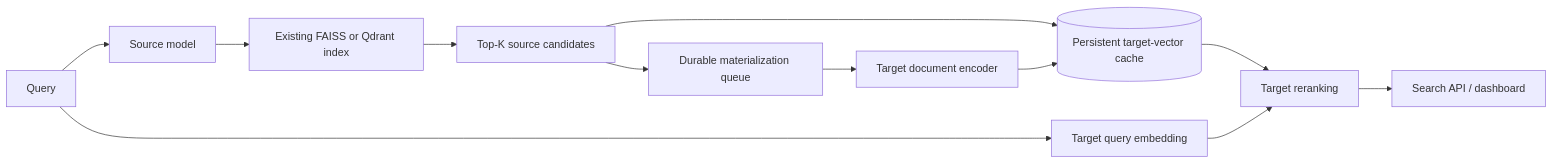
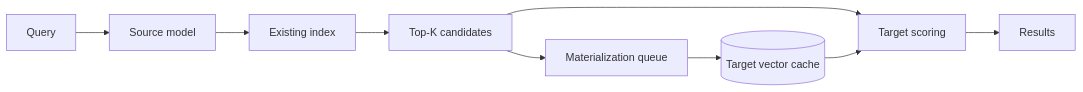
The diagram in README.md (arnsri33/embedflow), drawn with Mermaid before and after one commit. The commit also changed other lines of this file and 13 other files, not shown here.

````diff
--- a/README.md
+++ b/README.md
@@ -20,14 +23,11 @@
 ```mermaid
 flowchart LR
   Q[Query] --> S[Source model]
-  S --> I[Existing FAISS or Qdrant index]
-  I --> C[Top-K source candidates]
-  Q --> TQ[Target query embedding]
-  C --> CA[(Persistent target-vector cache)]
-  C --> W[Durable materialization queue]
-  W --> TD[Target document encoder]
-  TD --> CA
-  CA --> R[Target reranking]
-  TQ --> R
-  R --> API[Search API / dashboard]
+  S --> I[Existing index]
+  I --> C[Top-K candidates]
+  C --> T[Target scoring]
+  T --> R[Results]
+  C --> M[Materialization queue]
+  M --> V[(Target vector cache)]
+  V --> T
 ```
````
